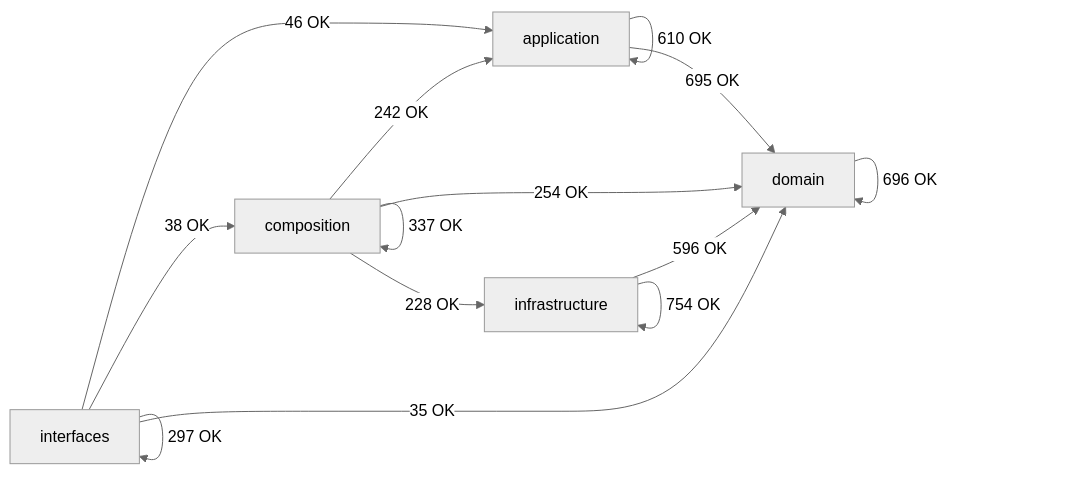
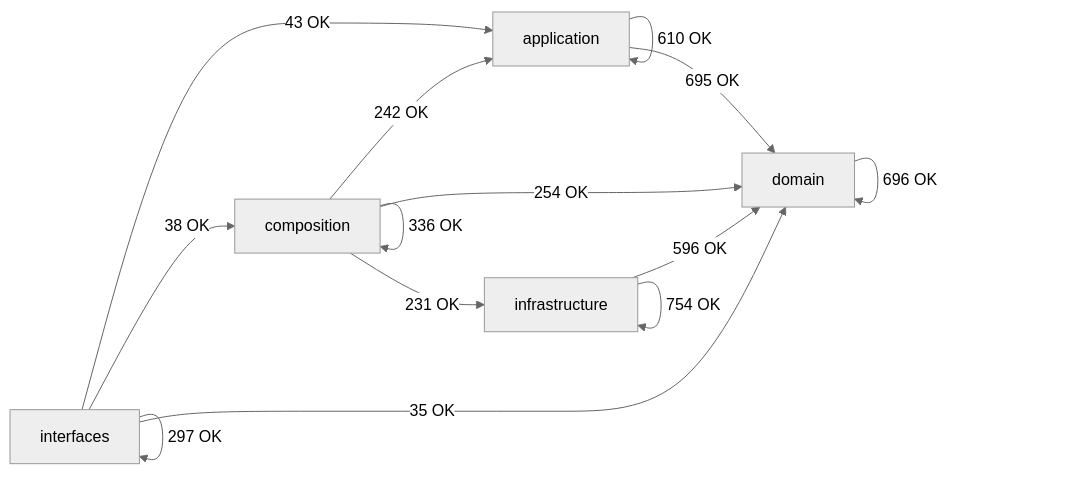
One commit to SatoryKono/BioactivityDataAcquisition changed the diagram in docs/02-architecture/generated/module-dependency-map.md. Above: the diagram before and after it, drawn with Mermaid (neutral theme). The commit also changed other lines of this file and 1 other file, not shown here.

First line of the commit message:
Fix validate-mkdocs CI by updating architecture dependency map

````diff
--- a/docs/02-architecture/generated/module-dependency-map.md
+++ b/docs/02-architecture/generated/module-dependency-map.md
@@ -17,21 +17,21 @@
 ```mermaid
 flowchart LR
     domain[domain]
     application[application]
     infrastructure[infrastructure]
     composition[composition]
     interfaces[interfaces]
     application -->|610 OK| application
     application -->|695 OK| domain
     composition -->|242 OK| application
-    composition -->|337 OK| composition
+    composition -->|336 OK| composition
     composition -->|254 OK| domain
-    composition -->|228 OK| infrastructure
+    composition -->|231 OK| infrastructure
     domain -->|696 OK| domain
     infrastructure -->|596 OK| domain
     infrastructure -->|754 OK| infrastructure
-    interfaces -->|46 OK| application
+    interfaces -->|43 OK| application
     interfaces -->|38 OK| composition
     interfaces -->|35 OK| domain
     interfaces -->|297 OK| interfaces
 ```
````
